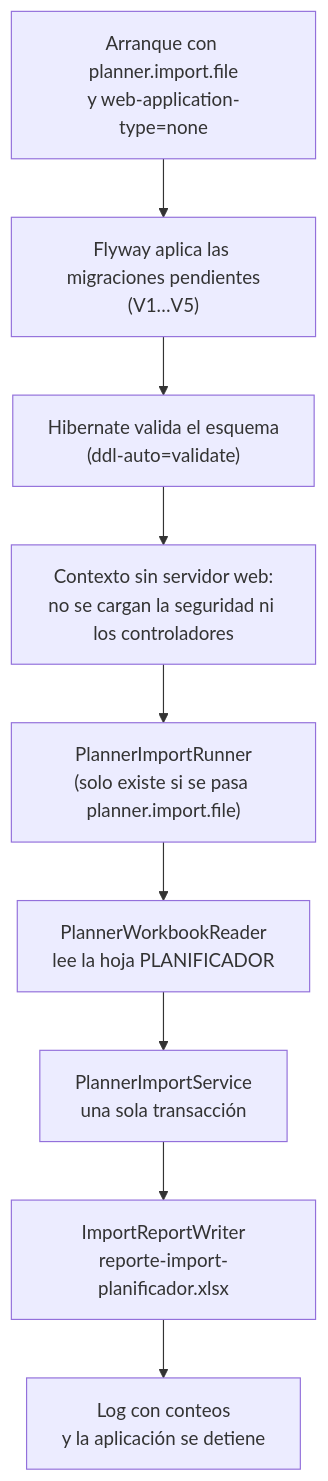
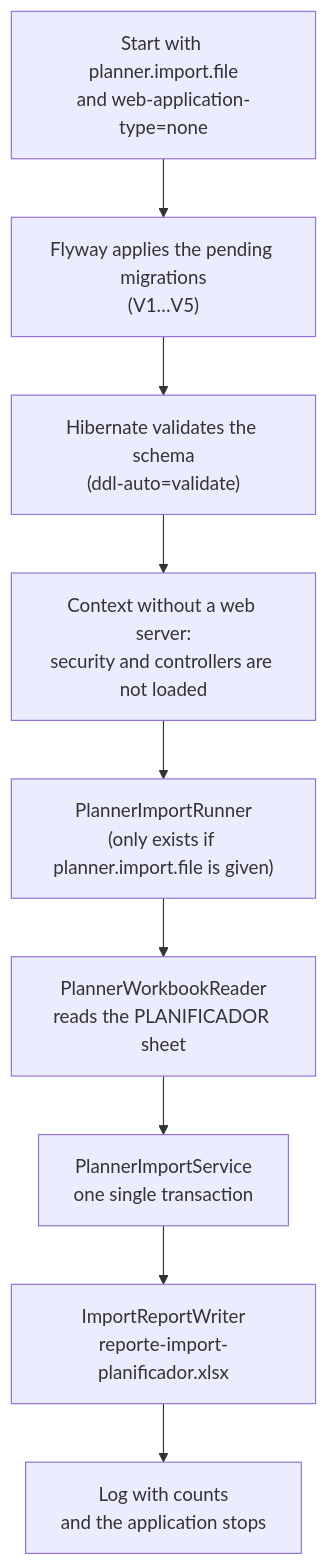
One commit to SUCCESS-NPD-InfosGroup-team/NPD-RP-Backend changed the diagram in docs/planner-import/ejecucion.md. Above: the diagram before and after it, drawn with Mermaid. The commit also changed other lines of this file and 6 other files, not shown here.

````diff
--- a/docs/planner-import/ejecucion.md
+++ b/docs/planner-import/ejecucion.md
@@ -11,11 +11,11 @@
 ```mermaid
 flowchart TD
-    A["Arranque con planner.import.file<br/>y web-application-type=none"] --> B["Flyway aplica las migraciones pendientes<br/>(V1…V5)"]
-    B --> C["Hibernate valida el esquema<br/>(ddl-auto=validate)"]
-    C --> D["Contexto sin servidor web:<br/>no se cargan la seguridad ni los controladores"]
-    D --> E["PlannerImportRunner<br/>(solo existe si se pasa planner.import.file)"]
-    E --> F["PlannerWorkbookReader<br/>lee la hoja PLANIFICADOR"]
-    F --> G["PlannerImportService<br/>una sola transacción"]
+    A["Start with planner.import.file<br/>and web-application-type=none"] --> B["Flyway applies the pending migrations<br/>(V1…V5)"]
+    B --> C["Hibernate validates the schema<br/>(ddl-auto=validate)"]
+    C --> D["Context without a web server:<br/>security and controllers are not loaded"]
+    D --> E["PlannerImportRunner<br/>(only exists if planner.import.file is given)"]
+    E --> F["PlannerWorkbookReader<br/>reads the PLANIFICADOR sheet"]
+    F --> G["PlannerImportService<br/>one single transaction"]
     G --> H["ImportReportWriter<br/>reporte-import-planificador.xlsx"]
-    H --> I["Log con conteos<br/>y la aplicación se detiene"]
+    H --> I["Log with counts<br/>and the application stops"]
 ```
````
